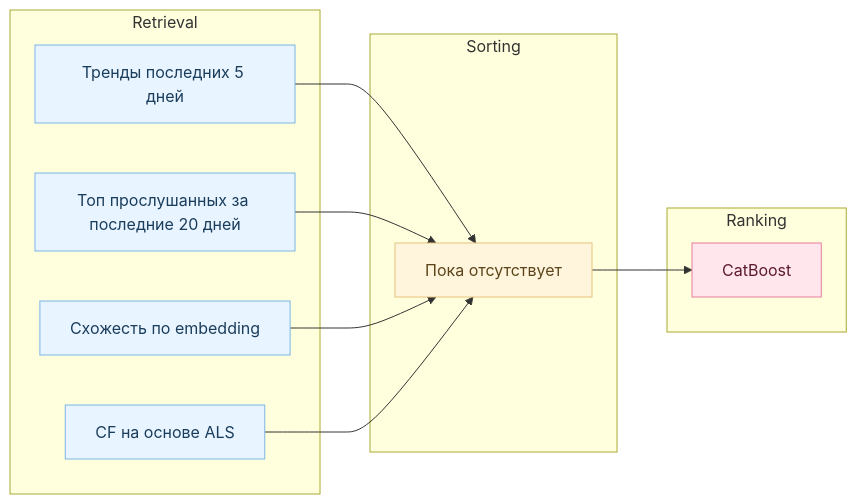
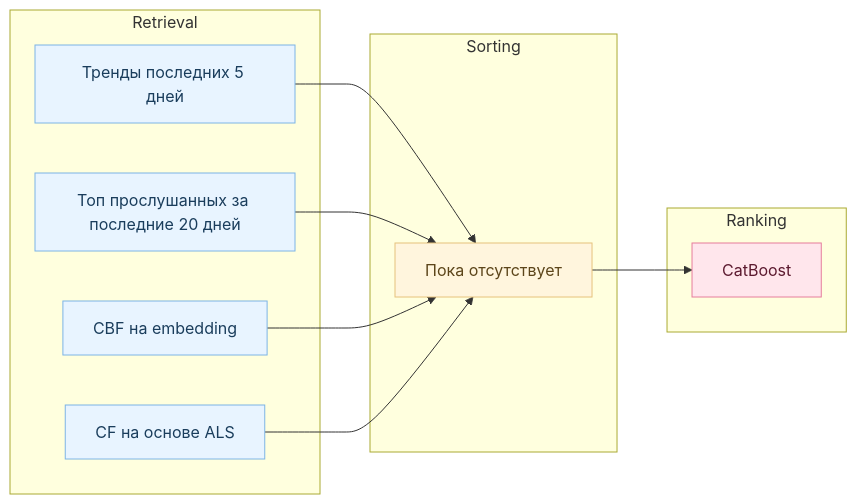
Before and after one commit to Nastasy822/music-recommendation-experiments: the diagram in README.md, drawn with Mermaid.

````diff
--- a/README.md
+++ b/README.md
@@ -151,36 +151,36 @@
 ```mermaid
 flowchart LR
 
     %% === Блоки пайплайна ===
     subgraph RETRIEVAL ["Retrieval"]
         PopAll["Тренды последних 5 дней"]
         PopUser["Топ прослушанных за последние 20 дней"]
-        SIM["Схожесть по embedding"]
+        SIM["CBF на embedding"]
         ALS["CF на основе ALS"]
     end
 
     subgraph SORTING ["Sorting"]
         FILTER["Пока отсутствует"]
     end
 
     subgraph RANKING ["Ranking"]
         RANK["CatBoost"]
     end
 
     %% === Потоки данных ===
     PopAll --> FILTER
     PopUser --> FILTER
     SIM --> FILTER
     ALS --> FILTER
 
     FILTER --> RANK
 
     %% === Цветовые стили (Пастельные узлы, фон subgraph по умолчанию — белый) ===
     classDef retrieval fill:#e8f4ff,stroke:#7db4e6,color:#1a3d5c;
     classDef sorting fill:#fff5dd,stroke:#e6c27d,color:#5c451a;
     classDef ranking fill:#ffe6ec,stroke:#e67d9c,color:#5c1a2f;
 
     class PopAll,PopUser,SIM,ALS retrieval;
     class FILTER sorting;
     class RANK ranking;
 ```
````
